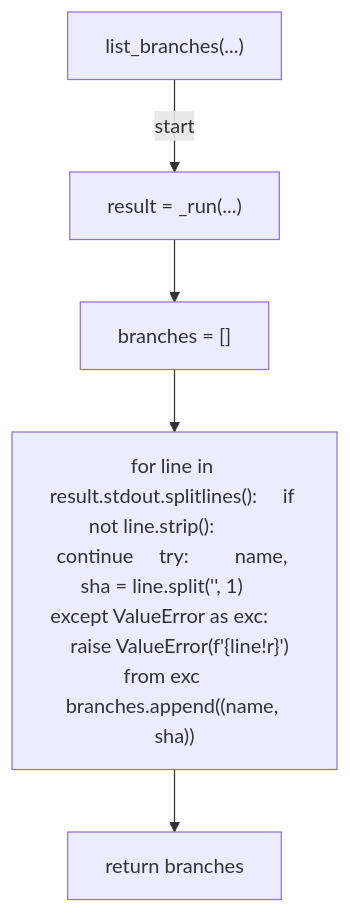
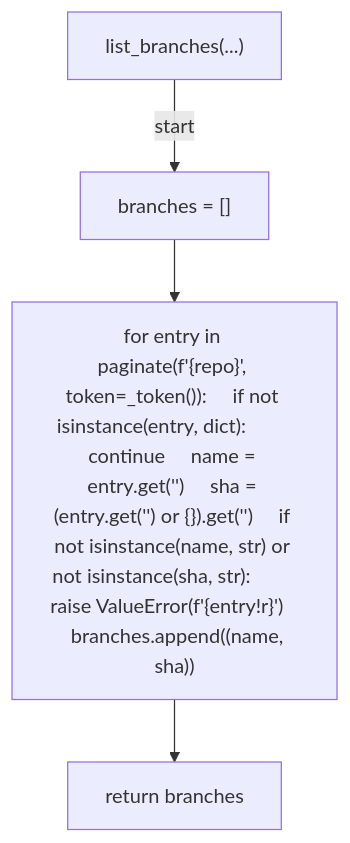
One commit to tvna/claude-md changed the seventh of 25 diagrams in docs/generated/scripts/ast/branch_cleanup.md. Above: the diagram before and after it, drawn with Mermaid. The commit also changed other lines of this file and 15 other files, not shown here.

First line of the commit message:
docs(generated): regenerate decision tree and workflow diagrams

````diff
--- a/docs/generated/scripts/ast/branch_cleanup.md
+++ b/docs/generated/scripts/ast/branch_cleanup.md
@@ -86,12 +95,10 @@
 ```mermaid
 flowchart TD
     N001["list_branches(...)"]
-    N002["result = _run(...)"]
-    N003["branches = []"]
-    N004["for line in result.stdout.splitlines():     if not line.strip():         continue     try:         name, sha = line.split('<str>', 1)     except ValueError as exc:         raise ValueError(f'<str>{line!r}') from exc     branches.append((name, sha))"]
-    N005["return branches"]
+    N002["branches = []"]
+    N003["for entry in paginate(f'<str>{repo}<str>', token=_token()):     if not isinstance(entry, dict):         continue     name = entry.get('<str>')     sha = (entry.get('<str>') or {}).get('<str>')     if not isinstance(name, str) or not isinstance(sha, str):         raise ValueError(f'<str>{entry!r}')     branches.append((name, sha))"]
+    N004["return branches"]
     N001 -->|"start"| N002
     N002 --> N003
     N003 --> N004
-    N004 --> N005
 ```
````
